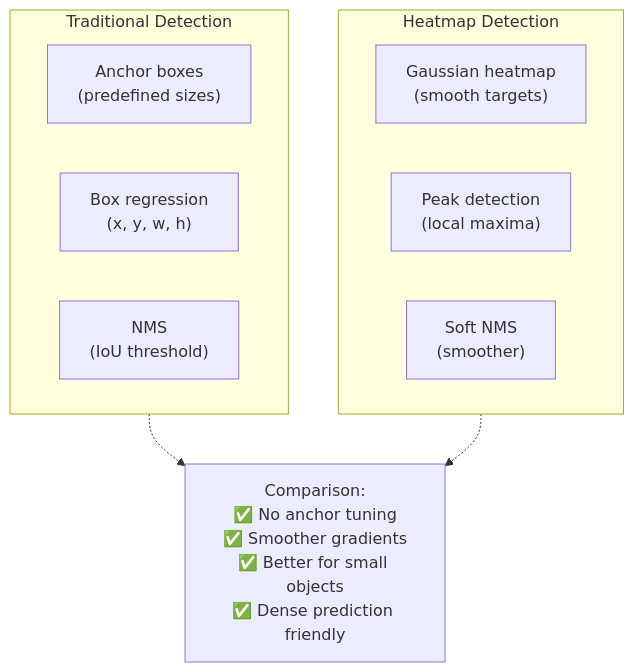
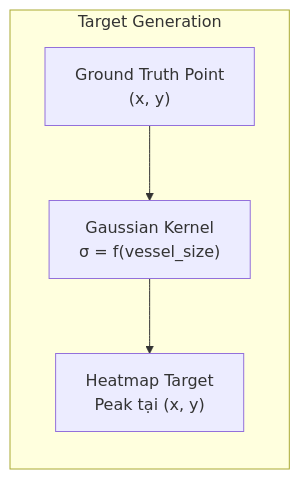
Before and after one commit to rerangst/geobayai_lab: the fifth of 10 diagrams in research/chuong-06-xview-challenges/muc-03-xview3-maritime/04-giai-ba.md, drawn with Mermaid. The commit also changed other lines of this file and 18 other files, not shown here.

````diff
--- a/research/chuong-06-xview-challenges/muc-03-xview3-maritime/04-giai-ba.md
+++ b/research/chuong-06-xview-challenges/muc-03-xview3-maritime/04-giai-ba.md
@@ -421,19 +143,10 @@
 ```mermaid
-flowchart TB
-    subgraph Traditional["Traditional Detection"]
-        Anchor["Anchor boxes<br/>(predefined sizes)"]
-        Regression["Box regression<br/>(x, y, w, h)"]
-        NMS1["NMS<br/>(IoU threshold)"]
+flowchart LR
+    subgraph TARGET["Target Generation"]
+        GT["Ground Truth Point<br/>(x, y)"]
+        GAUSS["Gaussian Kernel<br/>σ = f(vessel_size)"]
+        HEAT["Heatmap Target<br/>Peak tại (x, y)"]
     end
 
-    subgraph Heatmap["Heatmap Detection"]
-        Gaussian["Gaussian heatmap<br/>(smooth targets)"]
-        Peak["Peak detection<br/>(local maxima)"]
-        NMS2["Soft NMS<br/>(smoother)"]
-    end
-
-    Comparison["Comparison:<br/>✅ No anchor tuning<br/>✅ Smoother gradients<br/>✅ Better for small objects<br/>✅ Dense prediction friendly"]
-
-    Traditional -.-> Comparison
-    Heatmap -.-> Comparison
+    GT --> GAUSS --> HEAT
 ```
````
